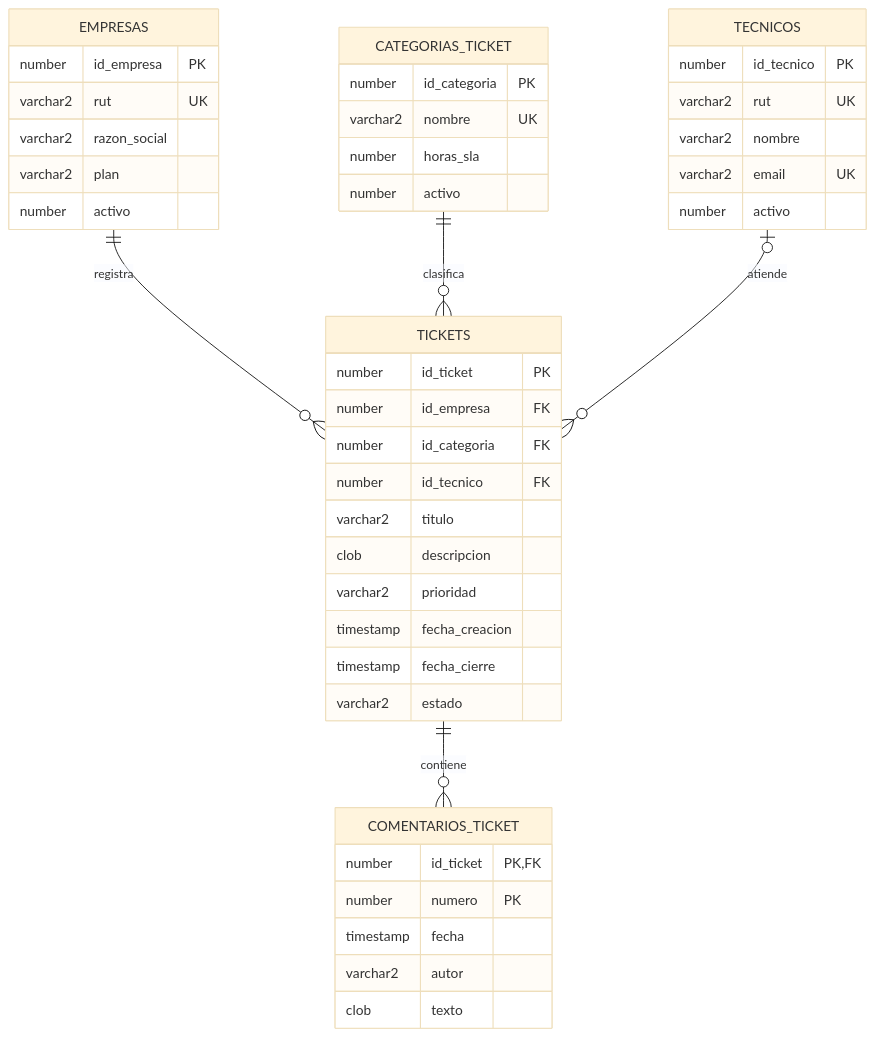
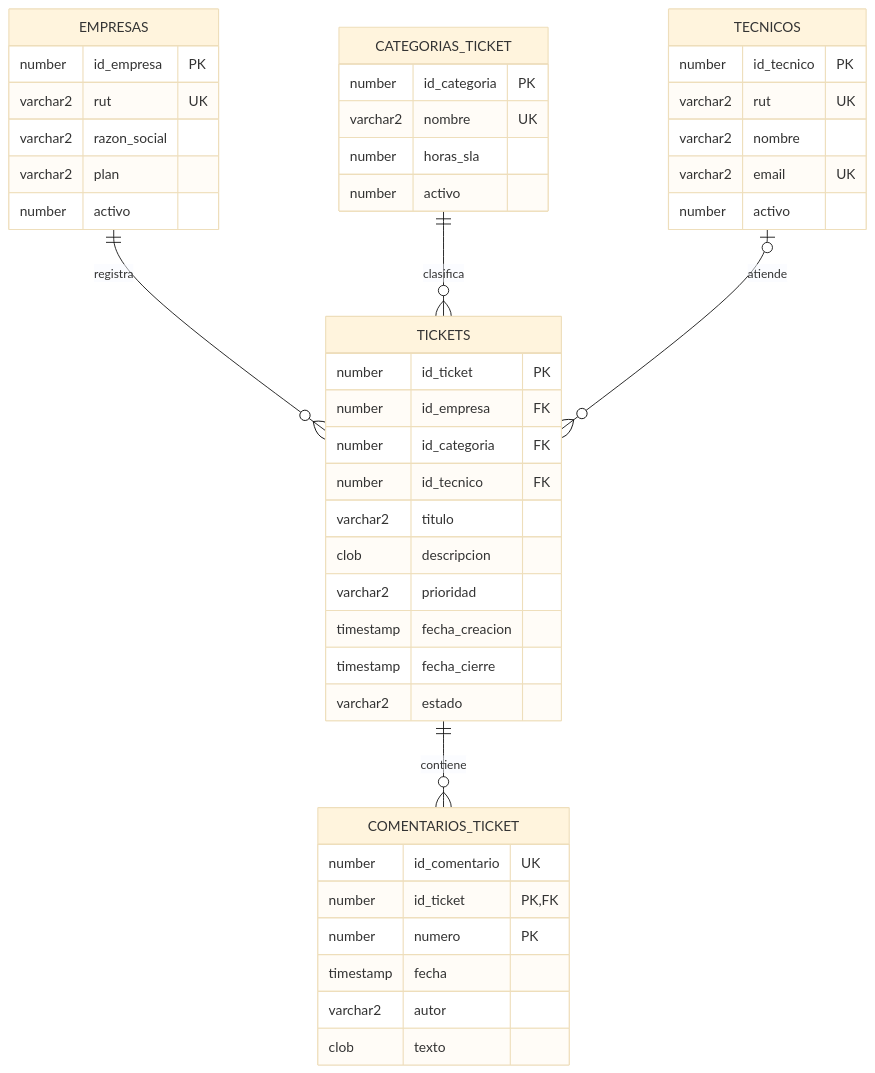
The diagram in docs/modelo_datos.md (Dyl4n19/soporteya), drawn with Mermaid (base theme) before and after one commit. The commit also changed other lines of this file and 9 other files, not shown here.

````diff
--- a/docs/modelo_datos.md
+++ b/docs/modelo_datos.md
@@ -3,51 +3,52 @@
 ```mermaid
 erDiagram
     EMPRESAS ||--o{ TICKETS : registra
     CATEGORIAS_TICKET ||--o{ TICKETS : clasifica
     TECNICOS o|--o{ TICKETS : atiende
     TICKETS ||--o{ COMENTARIOS_TICKET : contiene
 
     EMPRESAS {
         number id_empresa PK
         varchar2 rut UK
         varchar2 razon_social
         varchar2 plan
         number activo
     }
 
     CATEGORIAS_TICKET {
         number id_categoria PK
         varchar2 nombre UK
         number horas_sla
         number activo
     }
 
     TECNICOS {
         number id_tecnico PK
         varchar2 rut UK
         varchar2 nombre
         varchar2 email UK
         number activo
     }
 
     TICKETS {
         number id_ticket PK
         number id_empresa FK
         number id_categoria FK
         number id_tecnico FK
         varchar2 titulo
         clob descripcion
         varchar2 prioridad
         timestamp fecha_creacion
         timestamp fecha_cierre
         varchar2 estado
     }
 
     COMENTARIOS_TICKET {
+        number id_comentario UK
         number id_ticket PK,FK
         number numero PK
         timestamp fecha
         varchar2 autor
         clob texto
     }
 ```
````
